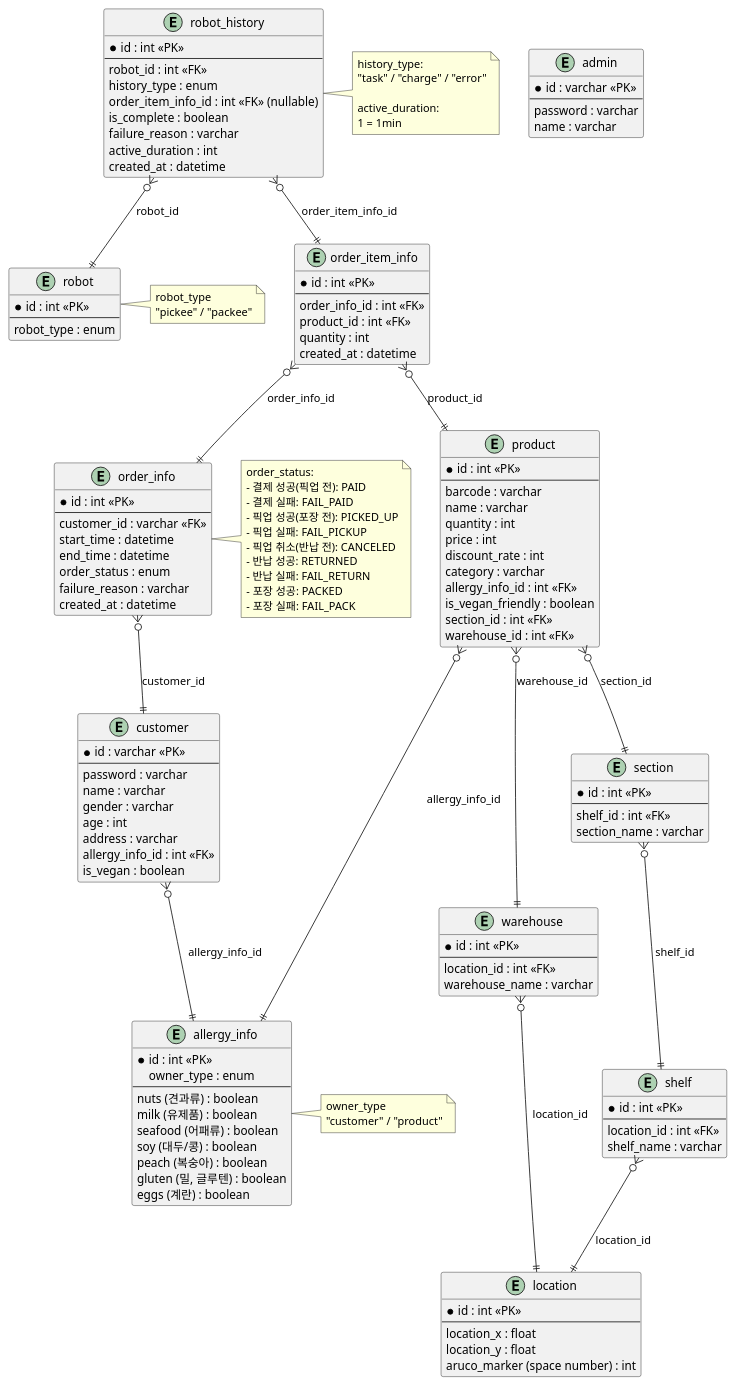
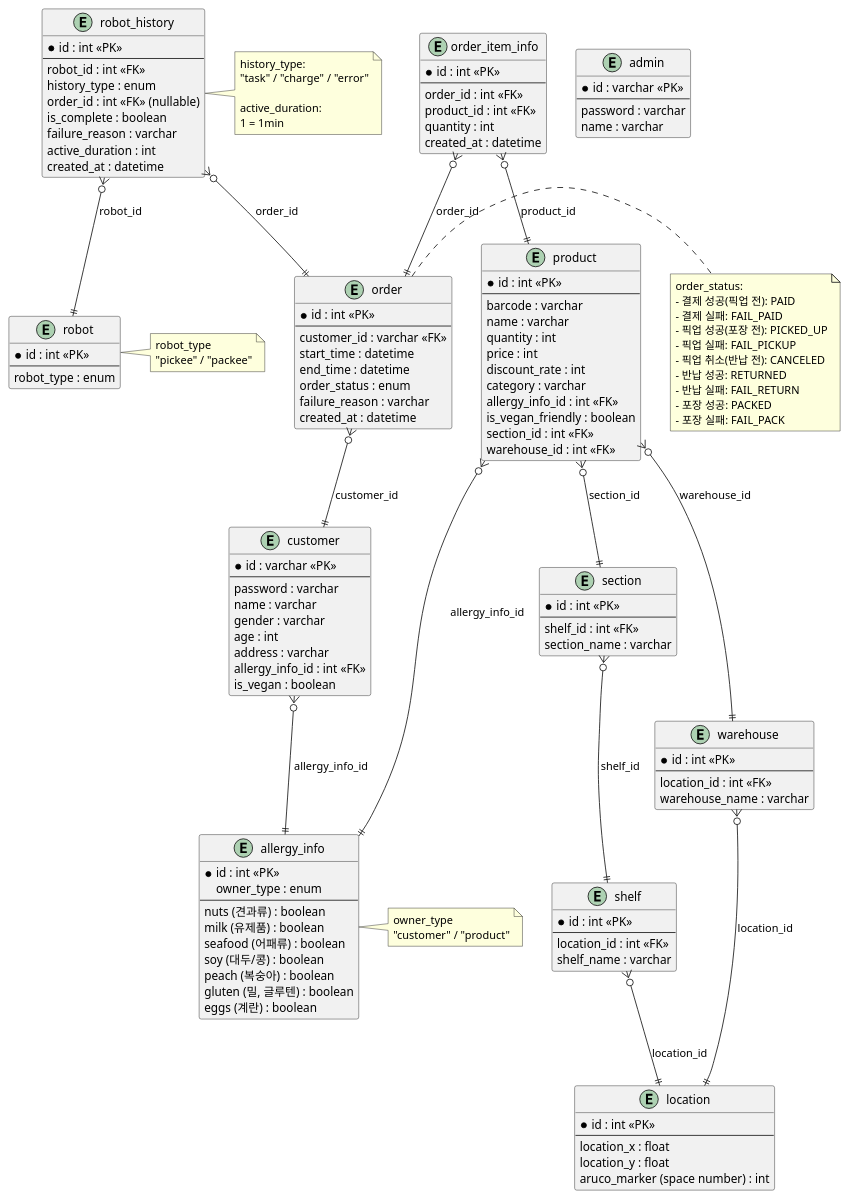
One commit to addinedu-roscamp-7th/roscamp-repo-1 changed the diagram in docs/ERDiagram/ERDiagram.md. Above: the diagram before and after it, drawn with PlantUML. The commit also changed 8 other files, not shown here.

```diff
--- a/docs/ERDiagram/ERDiagram.md
+++ b/docs/ERDiagram/ERDiagram.md
@@ -33,7 +33,7 @@
   eggs (계란) : boolean
 }
 
-entity "order_info" as order_info {
+entity "order" as order {
   * id : int <<PK>>
   --
   customer_id : varchar <<FK>>
@@ -47,7 +47,7 @@
 entity "order_item_info" as order_item_info {
   * id : int <<PK>>
   --
-  order_info_id : int <<FK>>
+  order_id : int <<FK>>
   product_id : int <<FK>>
   quantity : int
   created_at : datetime
@@ -86,7 +86,7 @@
   --
   robot_id : int <<FK>>
   history_type : enum
-  order_item_info_id : int <<FK>> (nullable)
+  order_id : int <<FK>> (nullable)
   is_complete : boolean
   failure_reason : varchar
   active_duration : int
@@ -117,14 +117,14 @@
 
 ' 관계 정의
 customer }o--|| allergy_info : "allergy_info_id"
-order_info }o--|| customer : "customer_id"
-order_item_info }o--|| order_info : "order_info_id"
+order }o--|| customer : "customer_id"
+order_item_info }o--|| order : "order_id"
 order_item_info }o--|| product : "product_id"
 product }o--|| allergy_info : "allergy_info_id"
 product }o--|| section : "section_id"
 product }o--|| warehouse : "warehouse_id"
 robot_history }o--|| robot : "robot_id"
-robot_history }o--|| order_item_info : "order_item_info_id"
+robot_history }o--|| order : "order_id"
 shelf }o--|| location : "location_id"
 section }o--|| shelf : "shelf_id"
 warehouse }o--|| location : "location_id"
@@ -135,7 +135,7 @@
   "customer" / "product"
 end note
 
-note right of order_info
+note right of order
   order_status:
   - 결제 성공(픽업 전): PAID
   - 결제 실패: FAIL_PAID
```
